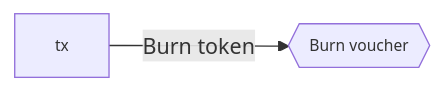
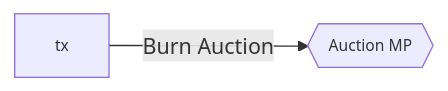
Before and after one commit to mlabs-haskell/hydra-auction: the fifth of 23 diagrams in docs/on_chain_spec.md, drawn with Mermaid. The commit also changed other lines of this file, not shown here.

````diff
--- a/docs/on_chain_spec.md
+++ b/docs/on_chain_spec.md
@@ -265,7 +552,7 @@
 ```mermaid
 flowchart LR
-  tx -- Burn token --> mint{{Burn voucher}}:::mint
+  tx -- Burn Auction --> mint{{Auction MP}}
 
   classDef default font-size:90%, overflow:visible;
   classDef reference stroke-dasharray: 5 5;
 ```
````
